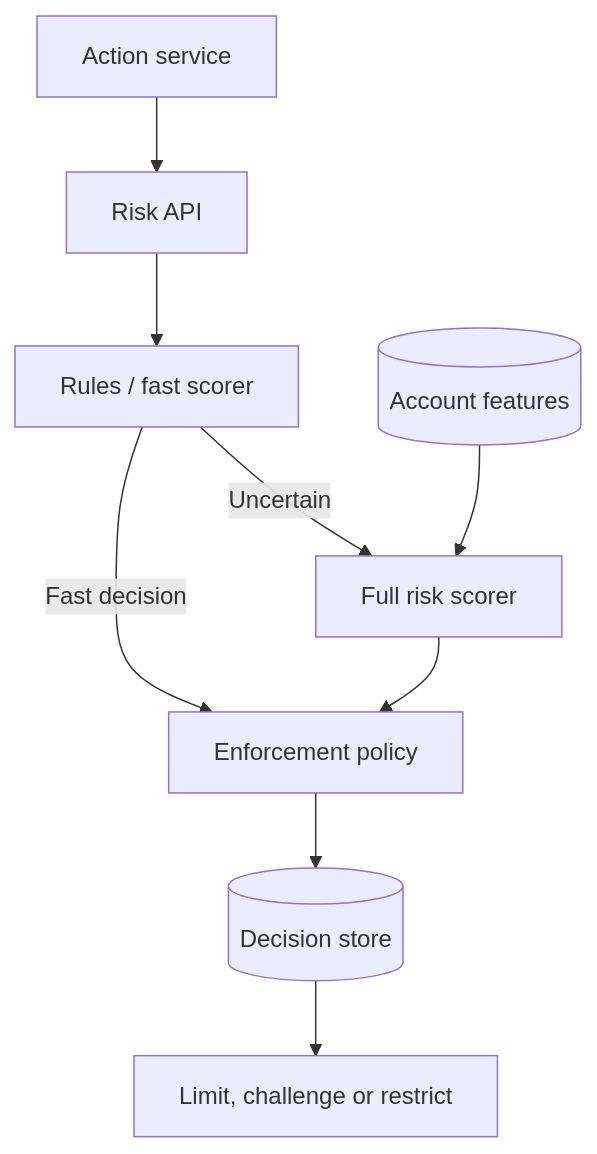
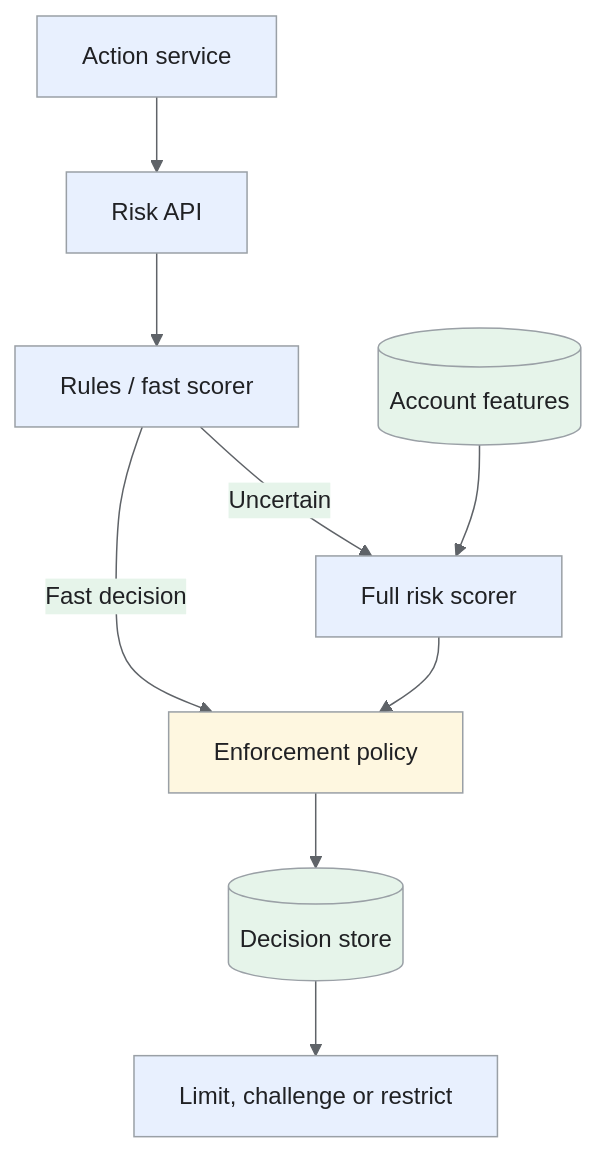
The first of 3 diagrams in _designs/bot-detection.md (iliazlobin/iliazlobin.github.io), drawn with Mermaid before and after one commit. The commit also changed other lines of this file and 25 other files, not shown here.

Commit message:
docs: explain Batch B design flows and tradeoffs

````diff
--- a/_designs/bot-detection.md
+++ b/_designs/bot-detection.md
@@ -128,11 +145,19 @@
 ```mermaid
+%%{init: {'theme':'base','themeVariables':{'primaryColor':'#e8f0fe','primaryTextColor':'#202124','primaryBorderColor':'#9aa0a6','lineColor':'#5f6368','secondaryColor':'#e6f4ea','tertiaryColor':'#fef7e0','actorBkg':'#e8f0fe','actorBorder':'#9aa0a6','actorTextColor':'#202124','noteBkgColor':'#fef7e0','noteTextColor':'#202124','noteBorderColor':'#9aa0a6','signalColor':'#5f6368','signalTextColor':'#202124','labelBoxBkgColor':'#fef7e0','labelBoxBorderColor':'#9aa0a6'}}}%%
 flowchart TB
     A["Action service"] --> API["Risk API"]
     API --> FAST["Rules / fast scorer"]
     FAST -->|"Uncertain"| FULL["Full risk scorer"]
     FAST -->|"Fast decision"| POLICY["Enforcement policy"]
     FULL --> POLICY
     F[("Account features")] --> FULL
     POLICY --> D[("Decision store")]
     D --> OUT["Limit, challenge or restrict"]
+classDef request fill:#e8f0fe,stroke:#9aa0a6,color:#202124;
+classDef data fill:#e6f4ea,stroke:#9aa0a6,color:#202124;
+classDef control fill:#fef7e0,stroke:#9aa0a6,color:#202124;
+class A,API,FAST,FULL,OUT request;
+class F,D data;
+class POLICY control;
+
 ```
````
